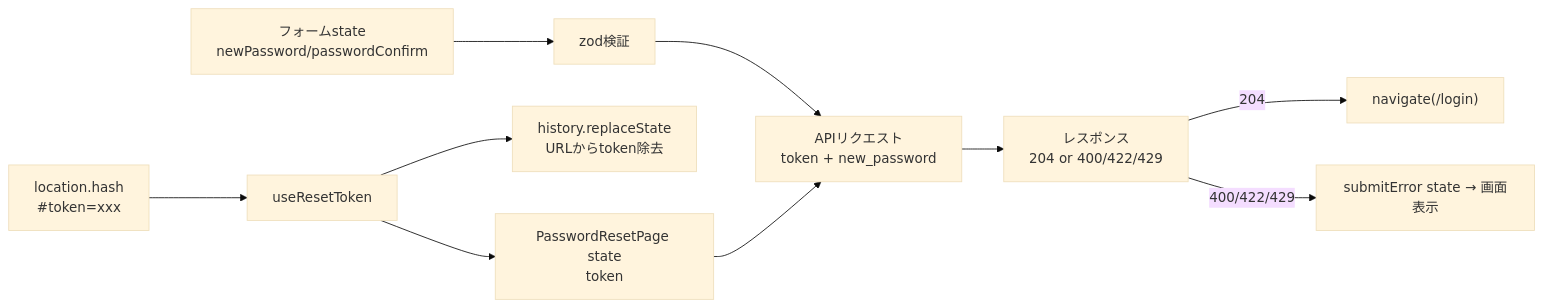
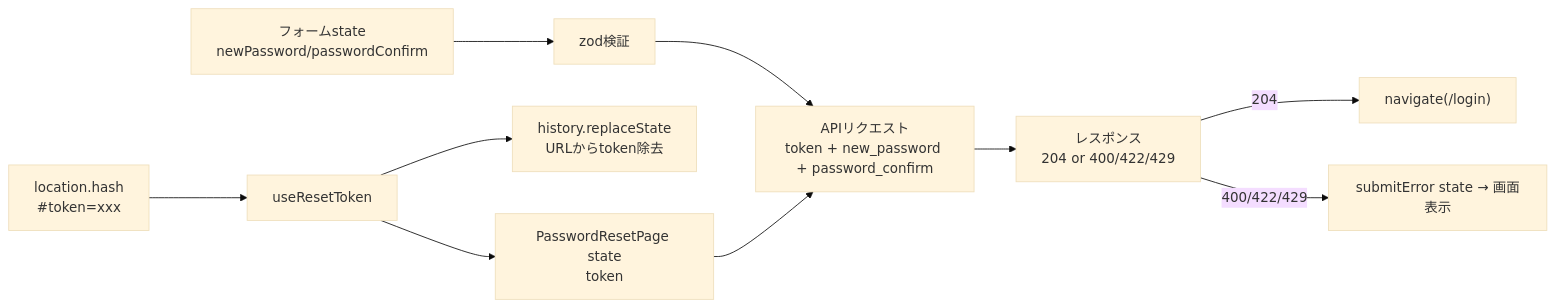
Before and after one commit to oikawa-d/task_management: the fifth of 5 diagrams in docs/detailed_design/screen/04_password_reset.md, drawn with Mermaid (base theme). The commit also changed other lines of this file and 80 other files, not shown here.

````diff
--- a/docs/detailed_design/screen/04_password_reset.md
+++ b/docs/detailed_design/screen/04_password_reset.md
@@ -217,12 +218,12 @@
 ```mermaid
 flowchart LR
     HASH["location.hash<br/>#token=xxx"] --> EXTRACT["useResetToken"]
     EXTRACT --> STATE["PasswordResetPage state<br/>token"]
     EXTRACT --> HISTREPLACE["history.replaceState<br/>URLからtoken除去"]
     FORM["フォームstate<br/>newPassword/passwordConfirm"] --> ZOD["zod検証"]
-    ZOD --> REQ["APIリクエスト<br/>token + new_password"]
+    ZOD --> REQ["APIリクエスト<br/>token + new_password + password_confirm"]
     STATE --> REQ
     REQ --> RES["レスポンス<br/>204 or 400/422/429"]
     RES -->|"204"| NAV["navigate(/login)"]
     RES -->|"400/422/429"| ERR["submitError state → 画面表示"]
 ```
````
